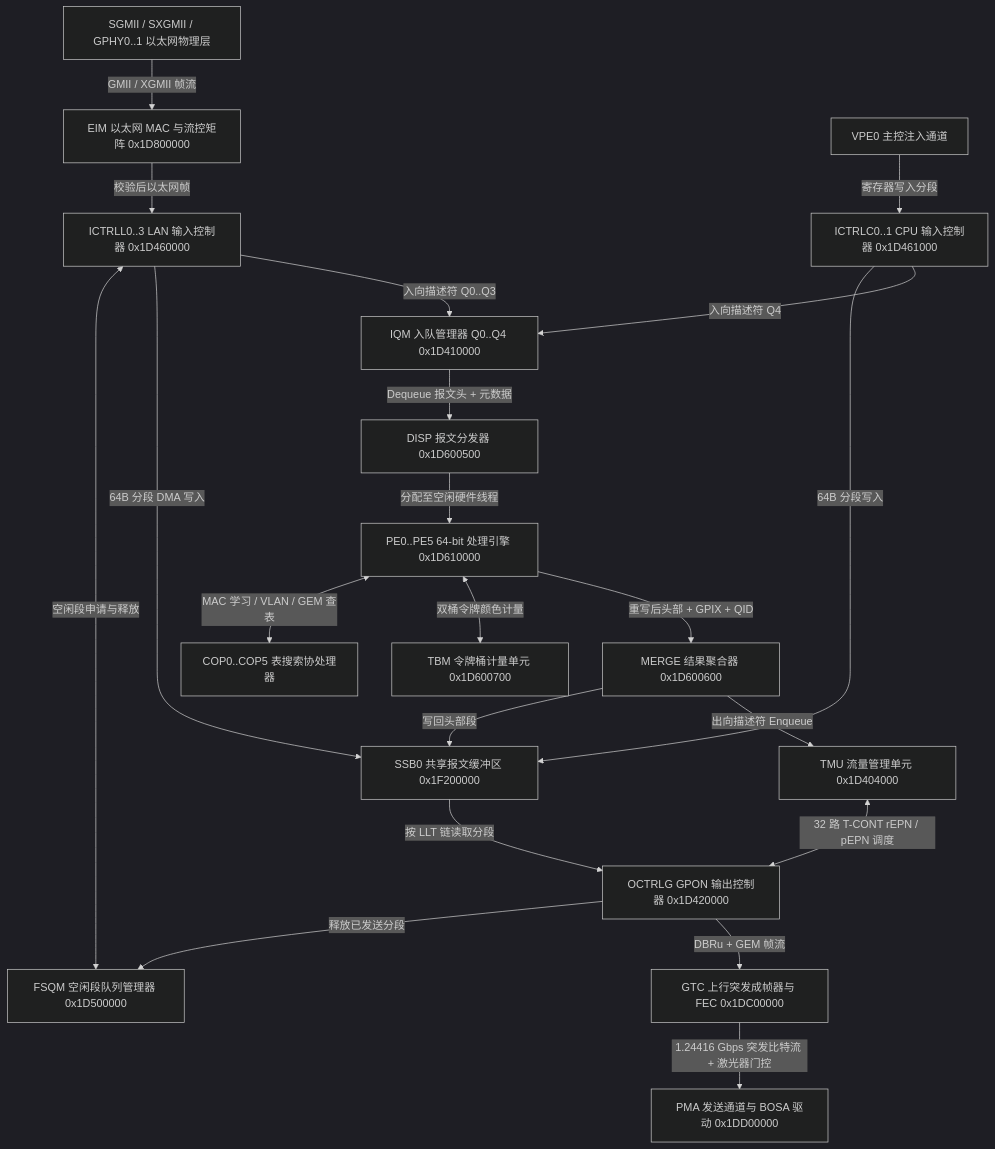
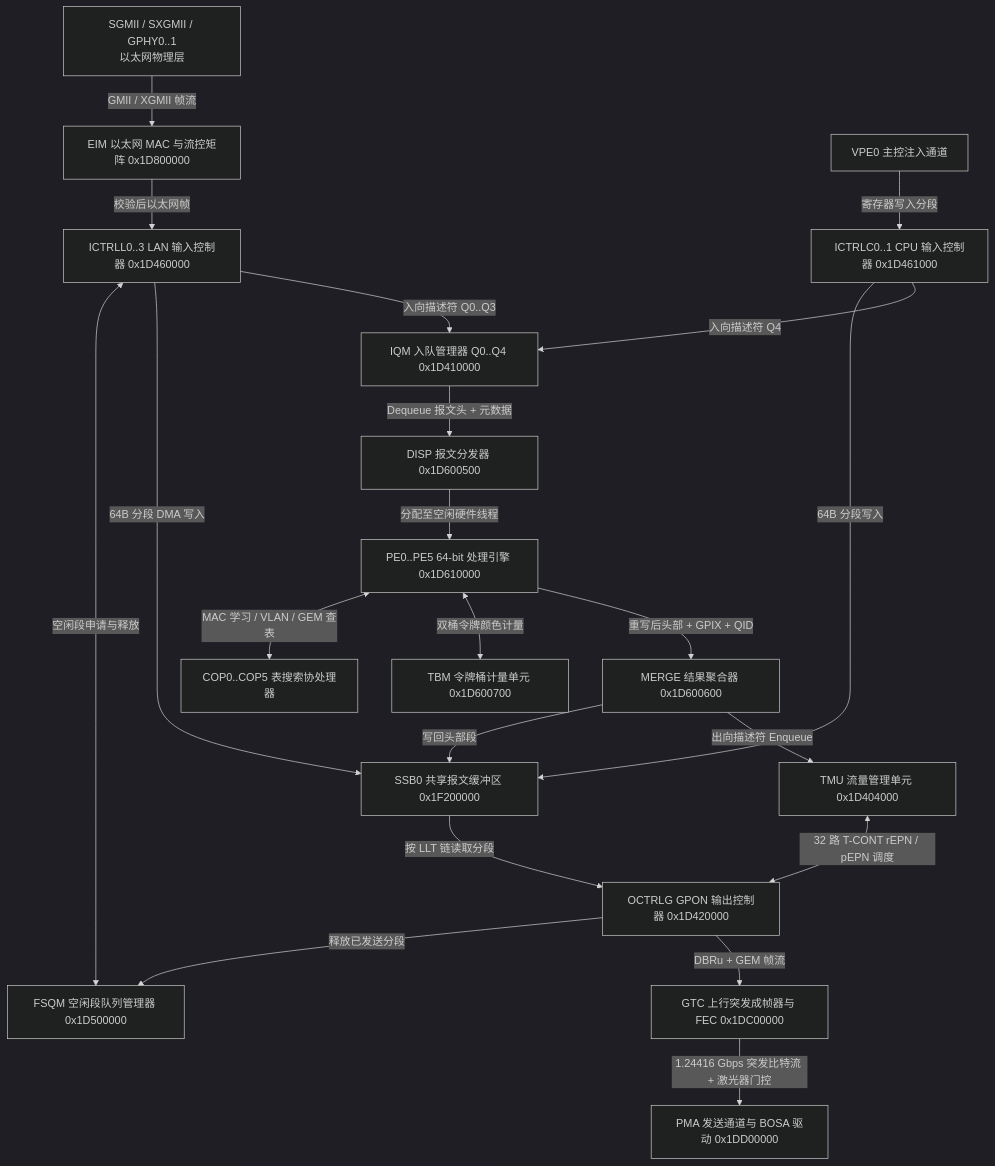
One commit to difanz/lantiq-falcon-s-docs changed the diagram in 08_data_flow/02_tx_datapath.md. Above: the diagram before and after it, drawn with Mermaid (dark theme). The commit also changed 33 other files, not shown here.

Commit message:
Improve diagram readability and adopt the Material theme

````diff
--- a/08_data_flow/02_tx_datapath.md
+++ b/08_data_flow/02_tx_datapath.md
@@ -5,23 +5,23 @@
 ```mermaid
 flowchart TD
-    UNI["SGMII / SXGMII / GPHY0..1 以太网物理层"] -->|GMII / XGMII 帧流| EIM["EIM 以太网 MAC 与流控矩阵 0x1D800000"]
+    UNI["SGMII / SXGMII / GPHY0..1<br/>以太网物理层"] -->|GMII / XGMII 帧流| EIM["EIM 以太网 MAC 与流控矩阵 0x1D800000"]
     EIM -->|校验后以太网帧| ICTRLL["ICTRLL0..3 LAN 输入控制器 0x1D460000"]
     CPU["VPE0 主控注入通道"] -->|寄存器写入分段| ICTRLC["ICTRLC0..1 CPU 输入控制器 0x1D461000"]
     ICTRLL <-->|空闲段申请与释放| FSQM["FSQM 空闲段队列管理器 0x1D500000"]
     ICTRLL -->|64B 分段 DMA 写入| SSB0["SSB0 共享报文缓冲区 0x1F200000"]
     ICTRLC -->|64B 分段写入| SSB0
     ICTRLL -->|入向描述符 Q0..Q3| IQM["IQM 入队管理器 Q0..Q4 0x1D410000"]
     ICTRLC -->|入向描述符 Q4| IQM
     IQM -->|Dequeue 报文头 + 元数据| DISP["DISP 报文分发器 0x1D600500"]
     DISP -->|分配至空闲硬件线程| PE["PE0..PE5 64-bit 处理引擎 0x1D610000"]
     PE <-->|MAC 学习 / VLAN / GEM 查表| COP["COP0..COP5 表搜索协处理器"]
     PE <-->|双桶令牌颜色计量| TBM["TBM 令牌桶计量单元 0x1D600700"]
     PE -->|重写后头部 + GPIX + QID| MERGE["MERGE 结果聚合器 0x1D600600"]
     MERGE -->|写回头部段| SSB0
     MERGE -->|出向描述符 Enqueue| TMU["TMU 流量管理单元 0x1D404000"]
     TMU <-->|32 路 T-CONT rEPN / pEPN 调度| OCTRLG["OCTRLG GPON 输出控制器 0x1D420000"]
     SSB0 -->|按 LLT 链读取分段| OCTRLG
     OCTRLG -->|释放已发送分段| FSQM
     OCTRLG -->|DBRu + GEM 帧流| GTC["GTC 上行突发成帧器与 FEC 0x1DC00000"]
     GTC -->|1.24416 Gbps 突发比特流 + 激光器门控| PMA["PMA 发送通道与 BOSA 驱动 0x1DD00000"]
 ```
````
